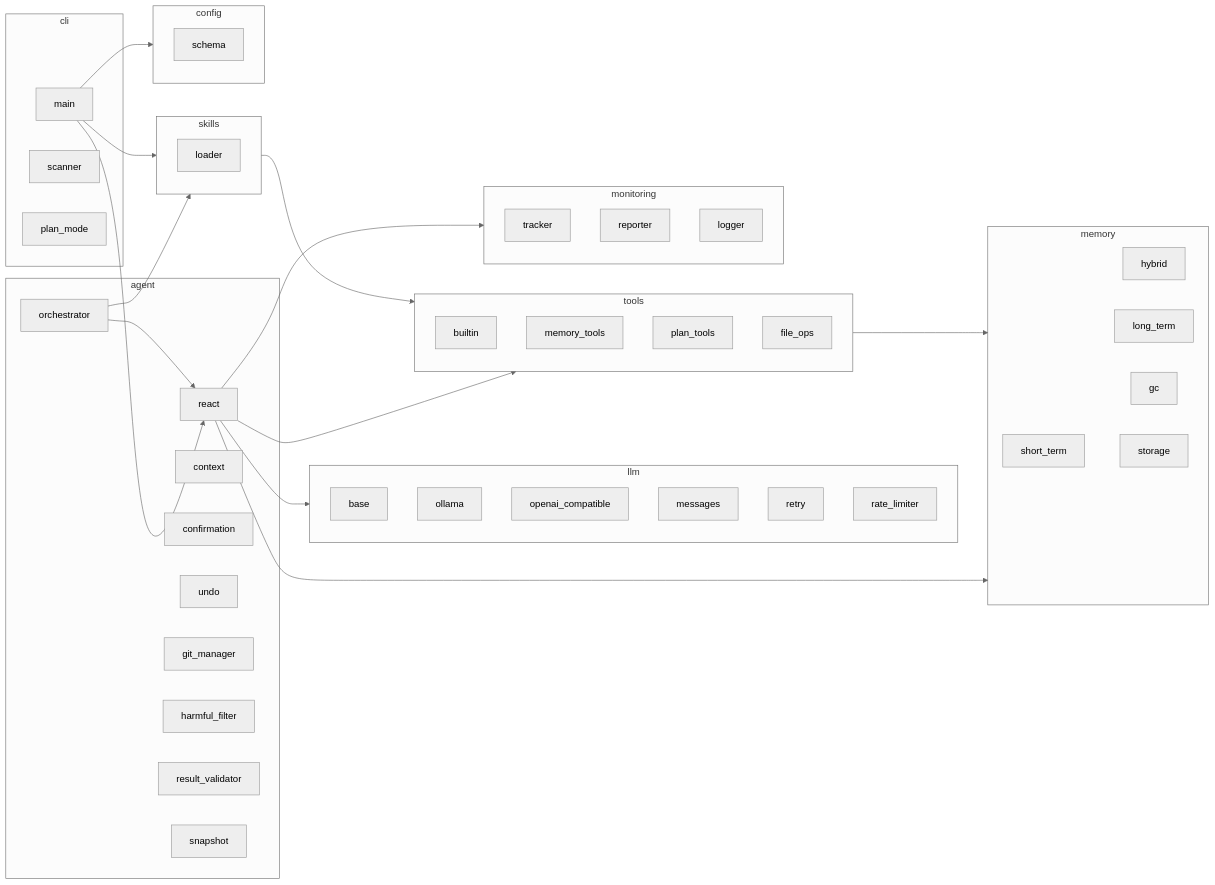
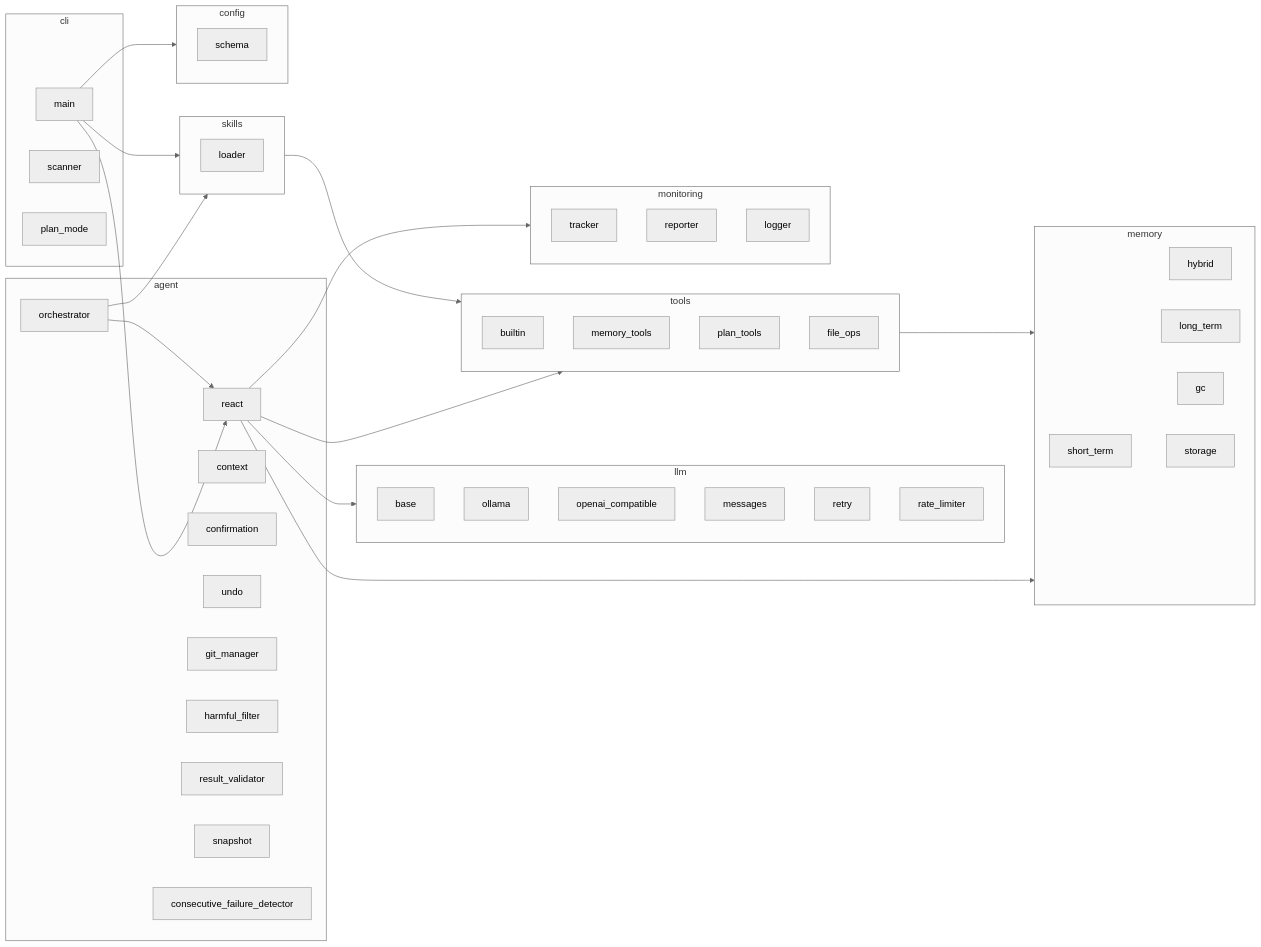
The fourth of 4 diagrams in docs/architecture.md (Tobytywang/NanoAgent), drawn with Mermaid (neutral theme) before and after one commit. The commit also changed other lines of this file and 20 other files, not shown here.

````diff
--- a/docs/architecture.md
+++ b/docs/architecture.md
@@ -356,79 +401,80 @@
 ```mermaid
 graph LR
     subgraph cli[cli]
         main
         scanner
         plan_mode
     end
 
     subgraph agent[agent]
         react
         orchestrator
         context
         confirmation
         undo
         git_manager
         harmful_filter
         result_validator
         snapshot
+        consecutive_failure_detector
     end
 
     subgraph llm[llm]
         base
         ollama
         openai_compatible
         messages
         retry
         rate_limiter
     end
 
     subgraph memory[memory]
         short_term
         hybrid
         long_term
         gc
         storage
     end
 
     subgraph tools[tools]
         base
         builtin
         memory_tools
         plan_tools
         file_ops
     end
 
     subgraph skills[skills]
         base
         loader
     end
 
     subgraph config[config]
         schema
         loader
     end
 
     subgraph monitoring[monitoring]
         tracker
         reporter
         logger
     end
 
     main --> react
     main --> config
     main --> skills
 
     react --> llm
     react --> memory
     react --> tools
     react --> monitoring
 
     orchestrator --> react
     orchestrator --> skills
 
     memory --> storage
 
     tools --> memory
 
     skills --> tools
 ```
````
